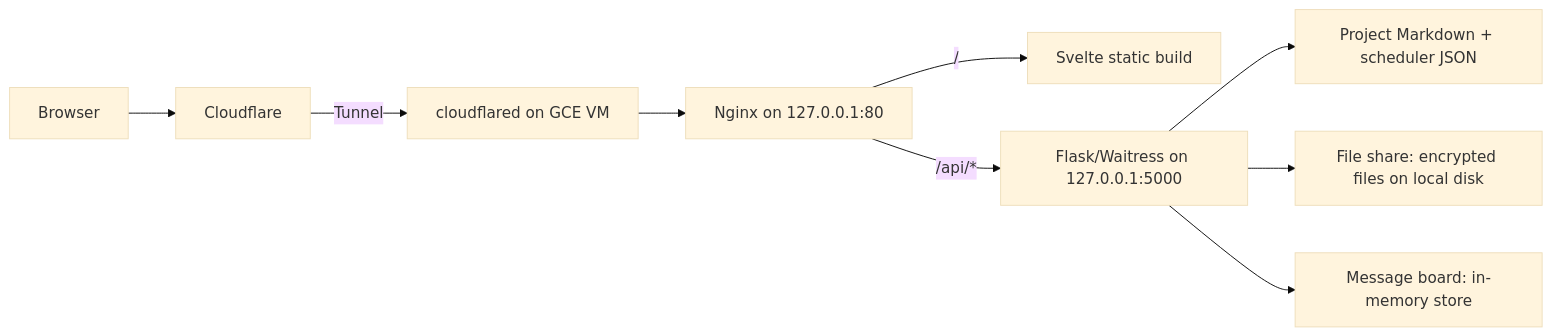
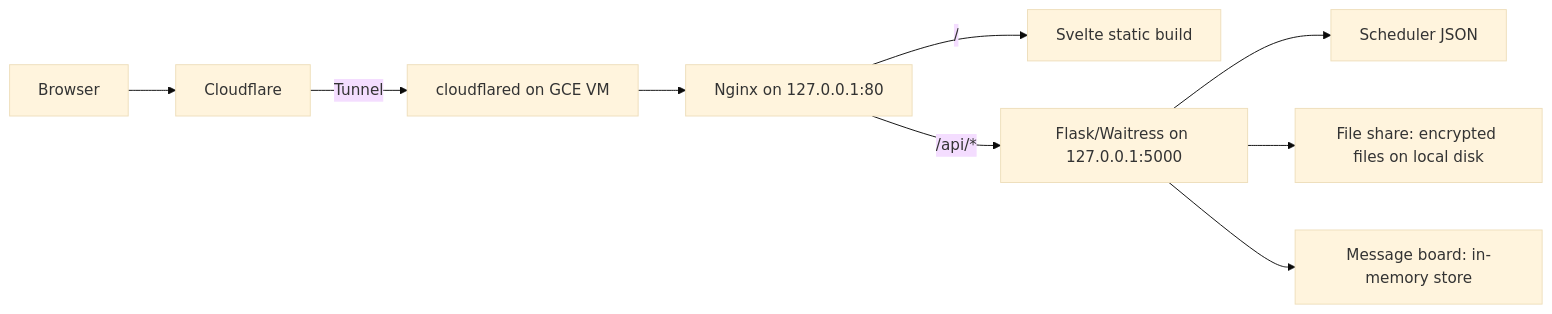
Before and after one commit to DefiantBurger/Website: the diagram in documentation/ARCHITECTURE.md, drawn with Mermaid (base theme). The commit also changed other lines of this file and 29 other files, not shown here.

Commit message:
Changed project markdown pages to be rendered at build time

````diff
--- a/documentation/ARCHITECTURE.md
+++ b/documentation/ARCHITECTURE.md
@@ -12,11 +12,11 @@
 ```mermaid
 flowchart LR
     User[Browser] --> CF[Cloudflare]
     CF -->|Tunnel| CFD[cloudflared on GCE VM]
     CFD --> Nginx[Nginx on 127.0.0.1:80]
     Nginx -->|/| FE[Svelte static build]
     Nginx -->|/api/*| Flask[Flask/Waitress on 127.0.0.1:5000]
-    Flask --> Files[Project Markdown + scheduler JSON]
+    Flask --> Files[Scheduler JSON]
     Flask --> Disk[File share: encrypted files on local disk]
     Flask --> Mem[Message board: in-memory store]
 ```
````
